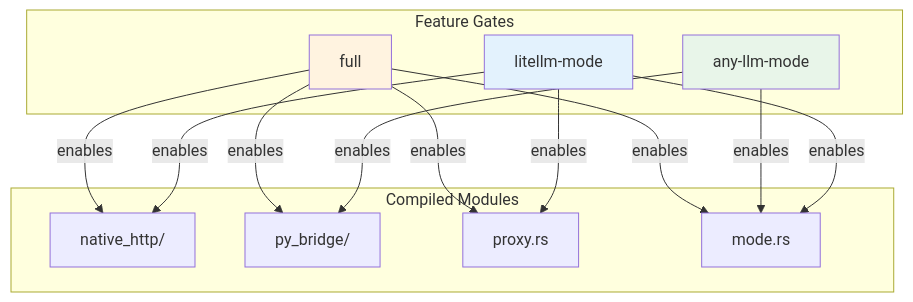
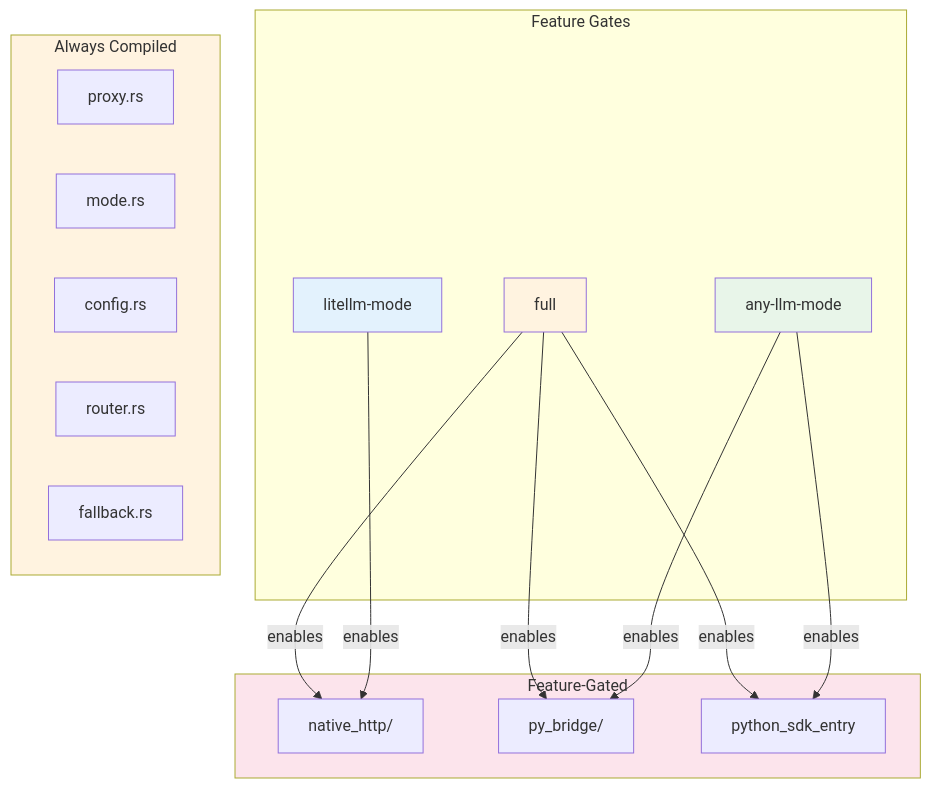
The third of 19 diagrams in docs/architecture/quota-router-architecture.md (CipherOcto/cipherocto), drawn with Mermaid before and after one commit. The commit also changed other lines of this file, not shown here.

First line of the commit message:
docs: fix 33 inaccuracies in architecture document via adversarial review

````diff
--- a/docs/architecture/quota-router-architecture.md
+++ b/docs/architecture/quota-router-architecture.md
@@ -132,31 +142,35 @@
 ```mermaid
 graph TD
     subgraph Features["Feature Gates"]
         F1["litellm-mode"]
         F2["any-llm-mode"]
         F3["full"]
     end
 
-    subgraph Modules["Compiled Modules"]
-        M1[native_http/]
-        M2[py_bridge/]
-        M3[proxy.rs]
-        M4[mode.rs]
+    subgraph Always["Always Compiled"]
+        A1[proxy.rs]
+        A2[mode.rs]
+        A3[config.rs]
+        A4[router.rs]
+        A5[fallback.rs]
     end
 
-    F1 -->|enables| M1
-    F1 -->|enables| M3
-    F1 -->|enables| M4
+    subgraph Gated["Feature-Gated"]
+        G1[native_http/]
+        G2[py_bridge/]
+        G3[python_sdk_entry]
+    end
 
-    F2 -->|enables| M2
-    F2 -->|enables| M4
-
-    F3 -->|enables| M1
-    F3 -->|enables| M2
-    F3 -->|enables| M3
-    F3 -->|enables| M4
+    F1 -->|enables| G1
+    F2 -->|enables| G2
+    F2 -->|enables| G3
+    F3 -->|enables| G1
+    F3 -->|enables| G2
+    F3 -->|enables| G3
 
     style F1 fill:#e3f2fd
     style F2 fill:#e8f5e9
     style F3 fill:#fff3e0
+    style Always fill:#fff3e0
+    style Gated fill:#fce4ec
 ```
````
